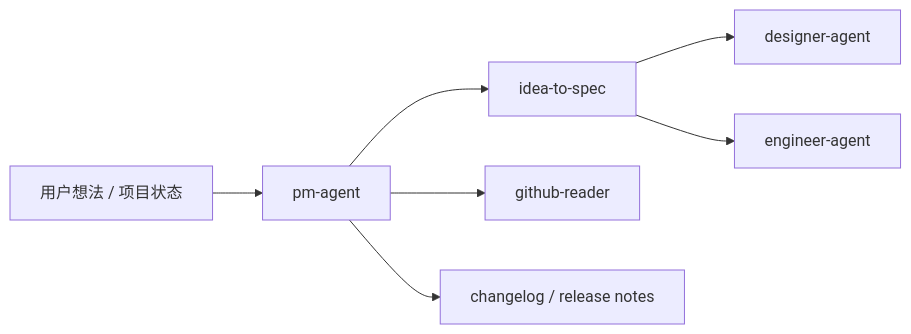
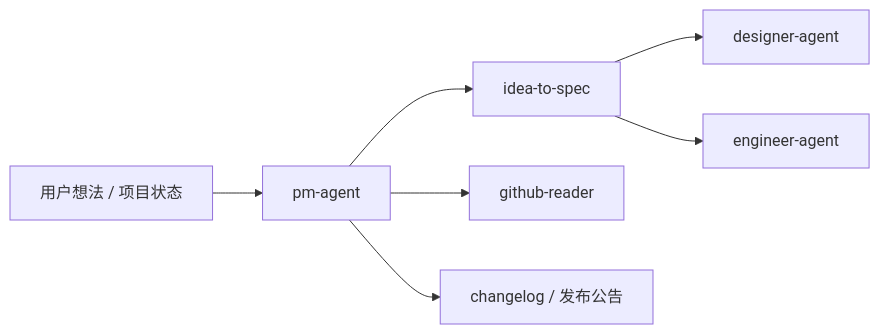
One commit to Neplich/dev-agent-skills changed the diagram in agents/product_manager/README_zh.md. Above: the diagram before and after it, drawn with Mermaid. The commit also changed other lines of this file and 197 other files, not shown here.

First line of the commit message:
feat: 新增 docs-agent 站内 release-notes-generator specialist (#126)

````diff
--- a/agents/product_manager/README_zh.md
+++ b/agents/product_manager/README_zh.md
@@ -50,9 +52,9 @@
 ```mermaid
 flowchart LR
     Idea["用户想法 / 项目状态"] --> PM["pm-agent"]
     PM --> Spec["idea-to-spec"]
     PM --> GitHub["github-reader"]
-    PM --> Release["changelog / release notes"]
+    PM --> Release["changelog / 发布公告"]
     Spec --> Designer["designer-agent"]
     Spec --> Engineer["engineer-agent"]
 ```
````
